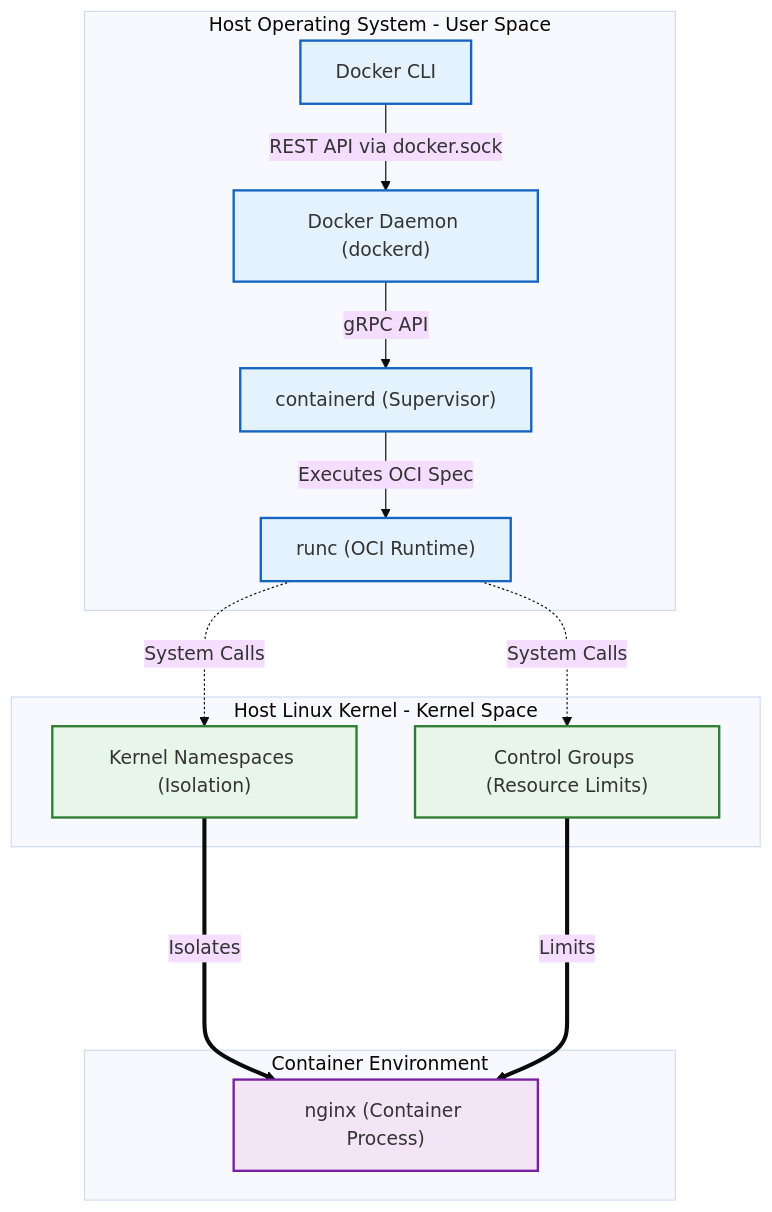
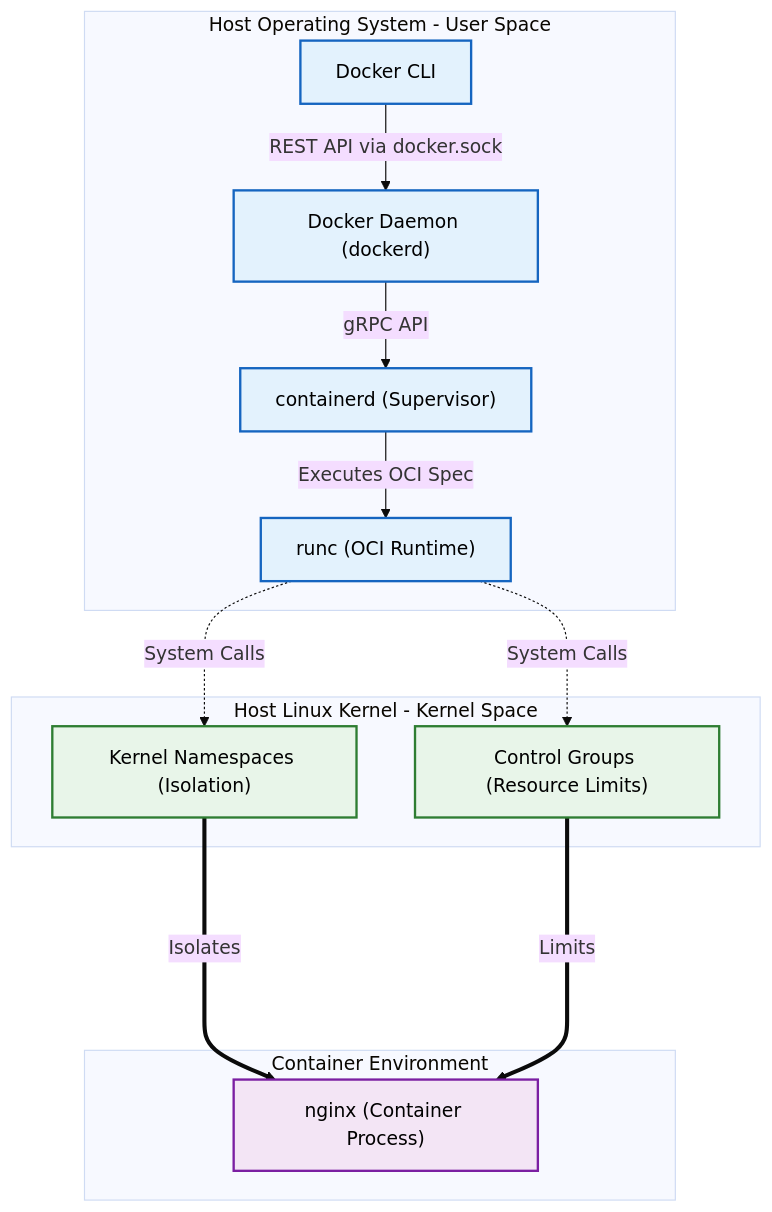
The diagram in courses/platform-engineering/modules/module-06/lesson-01.md (aloysiuspattath/platform-engineering-ai-course), drawn with Mermaid (base theme) before and after one commit. The commit also changed 53 other files, not shown here.

Commit message:
fix: enforce high-contrast black text on mermaid diagram fills for dark mode readability

````diff
--- a/courses/platform-engineering/modules/module-06/lesson-01.md
+++ b/courses/platform-engineering/modules/module-06/lesson-01.md
@@ -113,35 +113,35 @@
 ```mermaid
 flowchart TD
-    classDef userSpace fill:#e3f2fd,stroke:#1565c0,stroke-width:2px;
-    classDef kernelSpace fill:#e8f5e9,stroke:#2e7d32,stroke-width:2px;
-    classDef container fill:#f3e5f5,stroke:#7b1fa2,stroke-width:2px;
+    classDef userSpace fill:#e3f2fd,stroke:#1565c0,stroke-width:2px,color:#000000;
+    classDef kernelSpace fill:#e8f5e9,stroke:#2e7d32,stroke-width:2px,color:#000000;
+    classDef container fill:#f3e5f5,stroke:#7b1fa2,stroke-width:2px,color:#000000;
 
     subgraph HostUserSpace [Host Operating System - User Space]
         CLI["Docker CLI"]
         DOCKERD["Docker Daemon (dockerd)"]
         CONTAINERD["containerd (Supervisor)"]
         RUNC["runc (OCI Runtime)"]
         
         CLI -->|REST API via docker.sock| DOCKERD
         DOCKERD -->|gRPC API| CONTAINERD
         CONTAINERD -->|Executes OCI Spec| RUNC
     end
 
     subgraph HostKernelSpace [Host Linux Kernel - Kernel Space]
         NS["Kernel Namespaces (Isolation)"]
         CG["Control Groups (Resource Limits)"]
         
         RUNC -.->|System Calls| NS
         RUNC -.->|System Calls| CG
     end
 
     subgraph ContainerSpace [Container Environment]
         PROC["nginx (Container Process)"]
         NS ====>|Isolates| PROC
         CG ====>|Limits| PROC
     end
 
     class CLI,DOCKERD,CONTAINERD,RUNC userSpace;
     class NS,CG kernelSpace;
     class PROC container;
 ```
````
